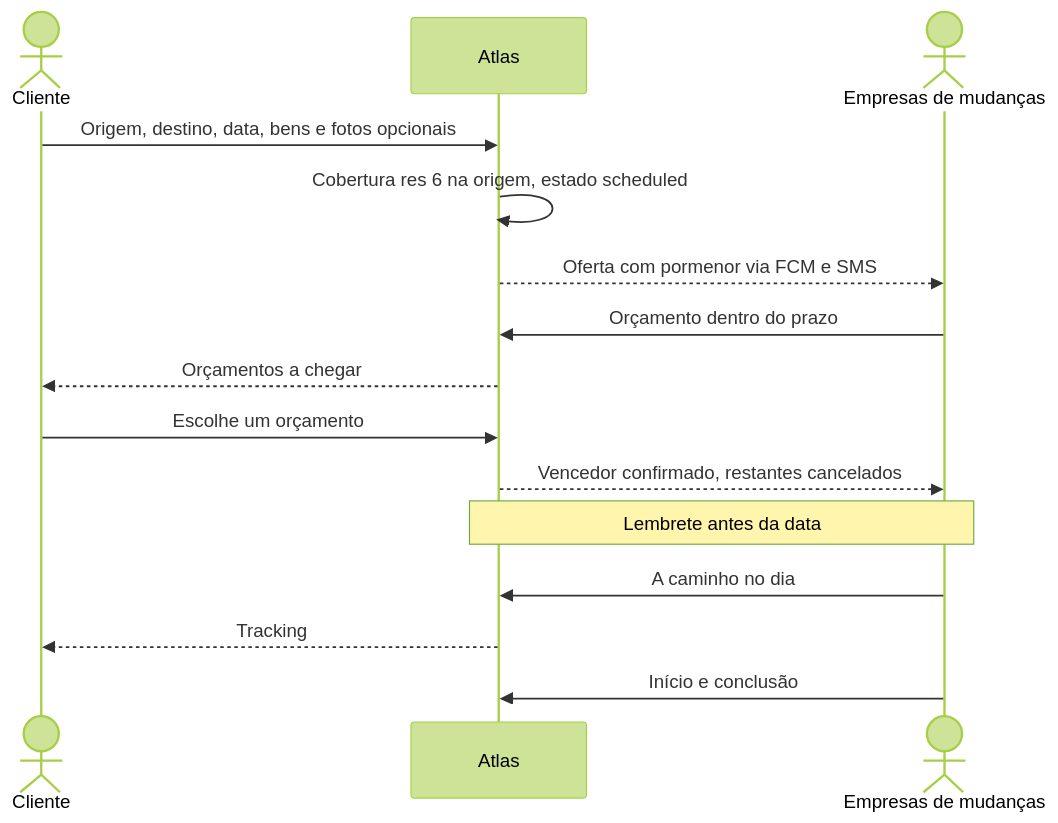
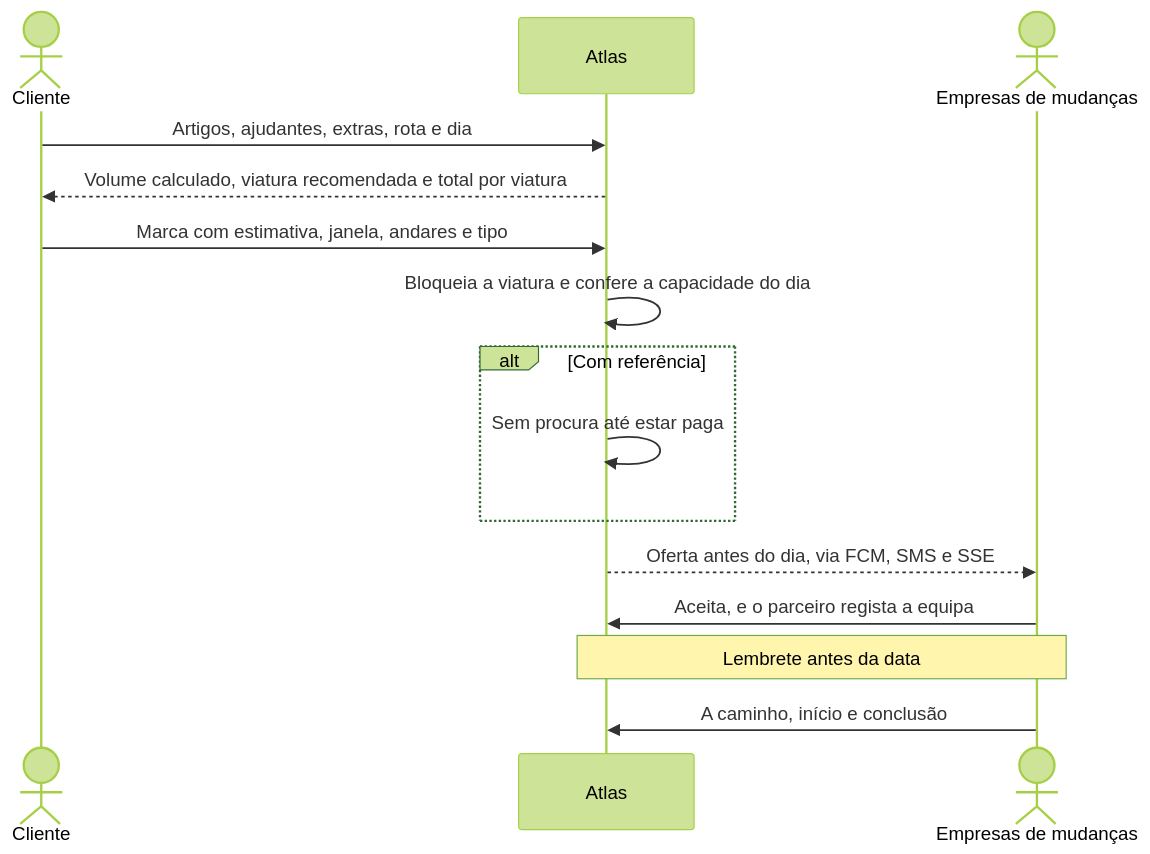
The tenth of 12 diagrams in docs/proposals/0001-despacho-geoespacial-e-tempo-real.md (Agora-Mobility/atlas), drawn with Mermaid (forest theme) before and after one commit. The commit also changed other lines of this file, not shown here.

````diff
--- a/docs/proposals/0001-despacho-geoespacial-e-tempo-real.md
+++ b/docs/proposals/0001-despacho-geoespacial-e-tempo-real.md
@@ -677,18 +691,18 @@
 ```mermaid
 sequenceDiagram
     actor C as Cliente
     participant A as Atlas
     actor E as Empresas de mudanças
 
-    C->>A: Origem, destino, data, bens e fotos opcionais
-    A->>A: Cobertura res 6 na origem, estado scheduled
-    A-->>E: Oferta com pormenor via FCM e SMS
-    E->>A: Orçamento dentro do prazo
-    A-->>C: Orçamentos a chegar
-    C->>A: Escolhe um orçamento
-    A-->>E: Vencedor confirmado, restantes cancelados
+    C->>A: Artigos, ajudantes, extras, rota e dia
+    A-->>C: Volume calculado, viatura recomendada e total por viatura
+    C->>A: Marca com estimativa, janela, andares e tipo
+    A->>A: Bloqueia a viatura e confere a capacidade do dia
+    alt Com referência
+        A->>A: Sem procura até estar paga
+    end
+    A-->>E: Oferta antes do dia, via FCM, SMS e SSE
+    E->>A: Aceita, e o parceiro regista a equipa
     Note over A,E: Lembrete antes da data
-    E->>A: A caminho no dia
-    A-->>C: Tracking
-    E->>A: Início e conclusão
+    E->>A: A caminho, início e conclusão
 ```
````
